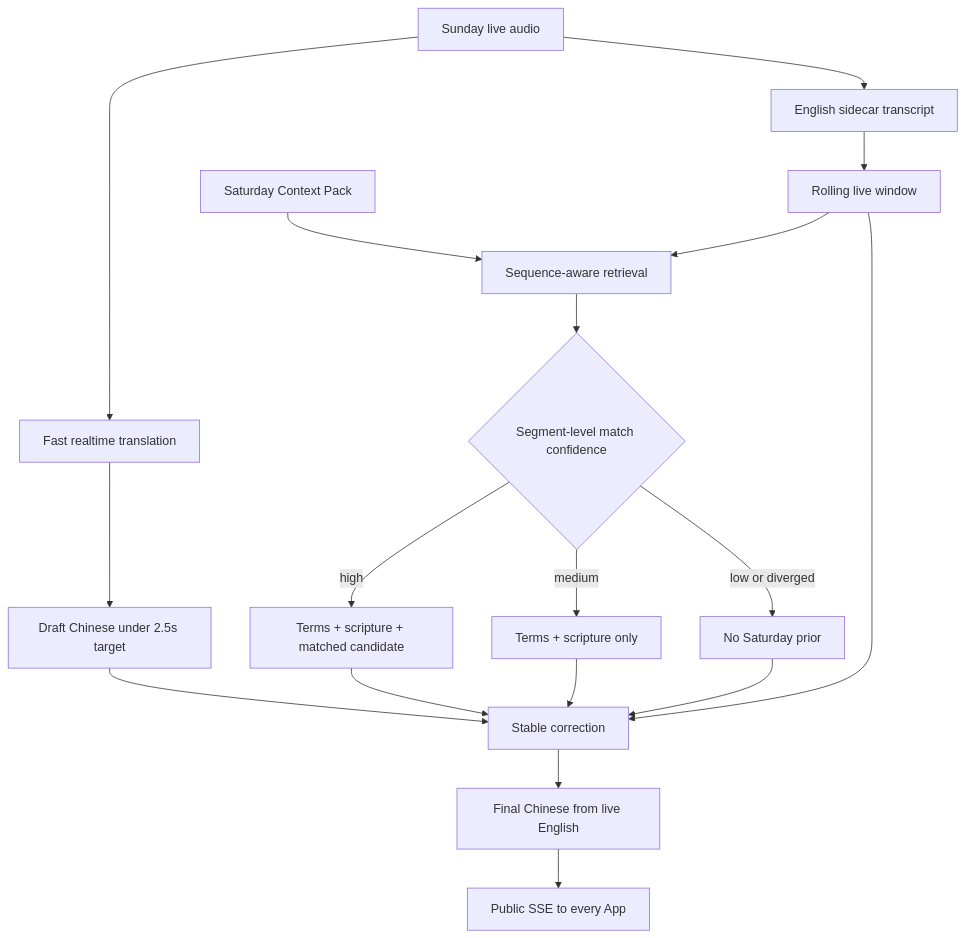
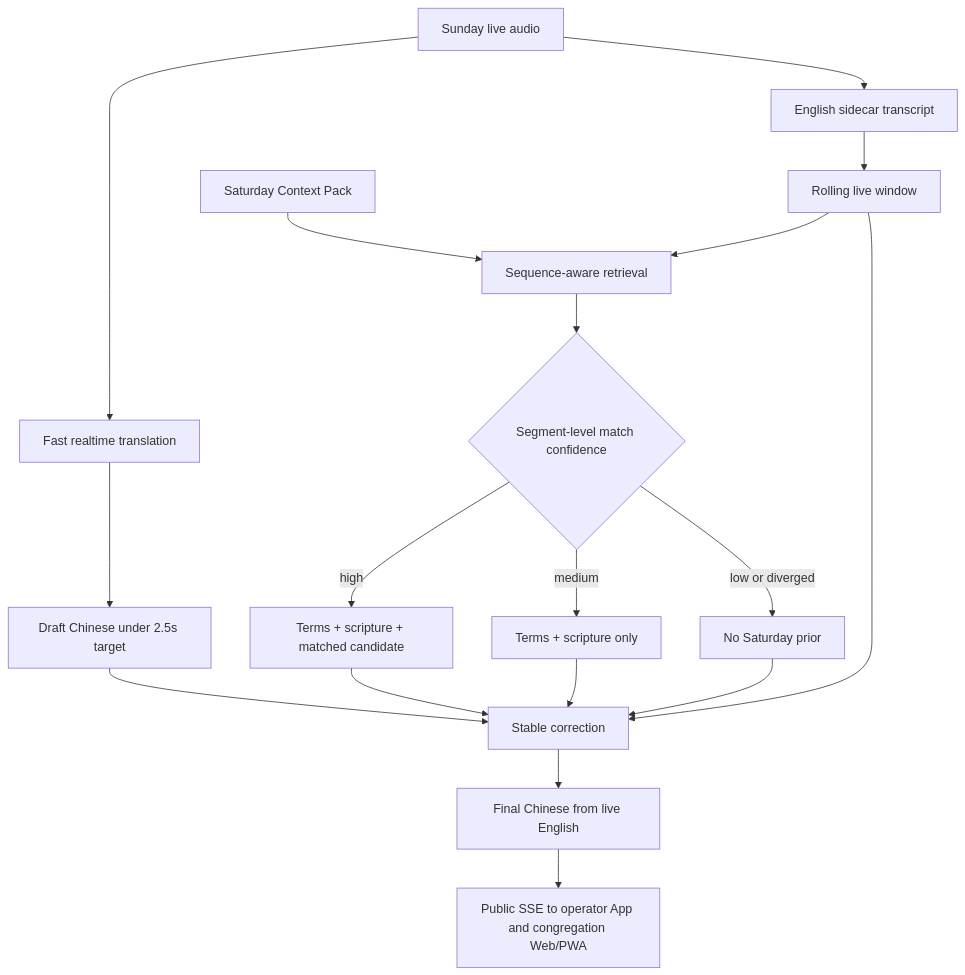
Before and after one commit to JonathanJing/sermon-video-zh-subtitles: the third of 3 diagrams in docs/ios-live-sermon-translation-app.zh.md, drawn with Mermaid. The commit also changed other lines of this file, not shown here.

Commit message:
docs: refocus iOS app on Sunday operator flow

````diff
--- a/docs/ios-live-sermon-translation-app.zh.md
+++ b/docs/ios-live-sermon-translation-app.zh.md
@@ -308,20 +386,20 @@
 ```mermaid
 flowchart TD
     A[Sunday live audio] --> B[Fast realtime translation]
     B --> C[Draft Chinese under 2.5s target]
     A --> D[English sidecar transcript]
     D --> E[Rolling live window]
     P[Saturday Context Pack] --> F[Sequence-aware retrieval]
     E --> F
     F --> G{Segment-level match confidence}
     G -->|high| H[Terms + scripture + matched candidate]
     G -->|medium| I[Terms + scripture only]
     G -->|low or diverged| J[No Saturday prior]
     C --> K[Stable correction]
     E --> K
     H --> K
     I --> K
     J --> K
     K --> L[Final Chinese from live English]
-    L --> M[Public SSE to every App]
+    L --> M[Public SSE to operator App and congregation Web/PWA]
 ```
````
